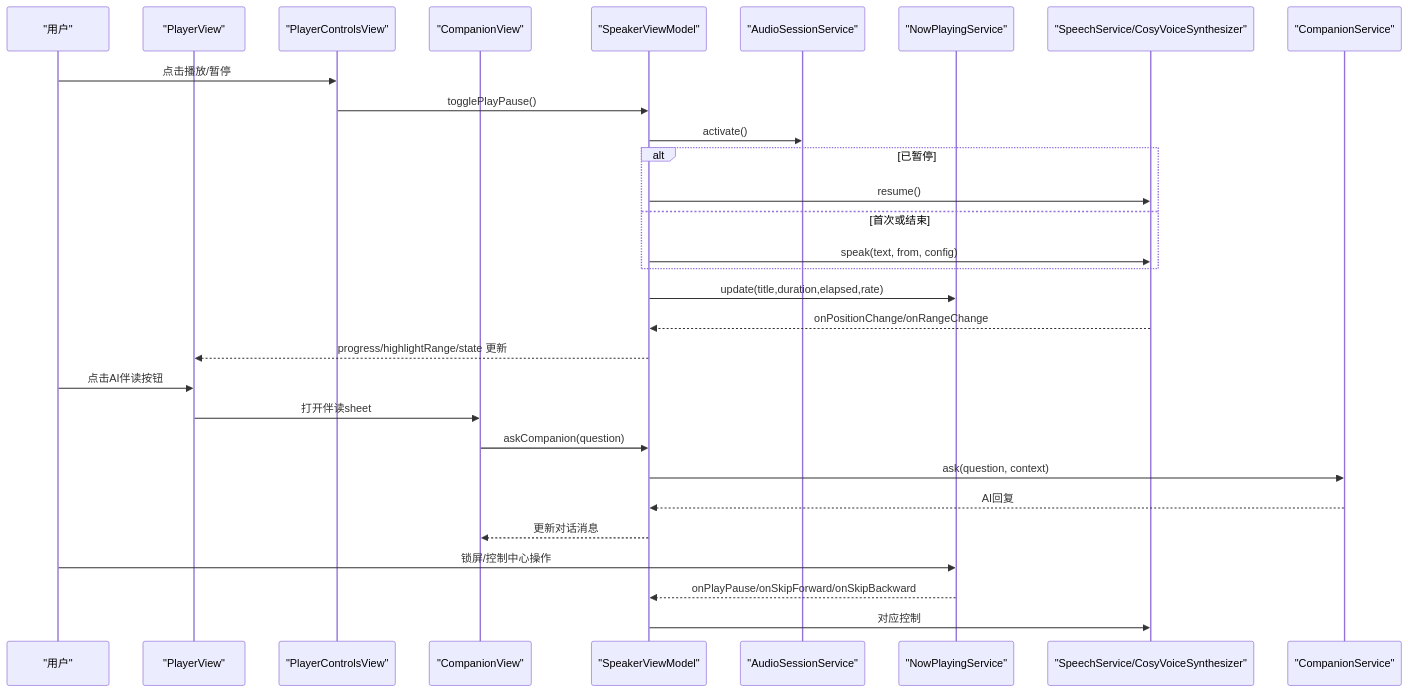
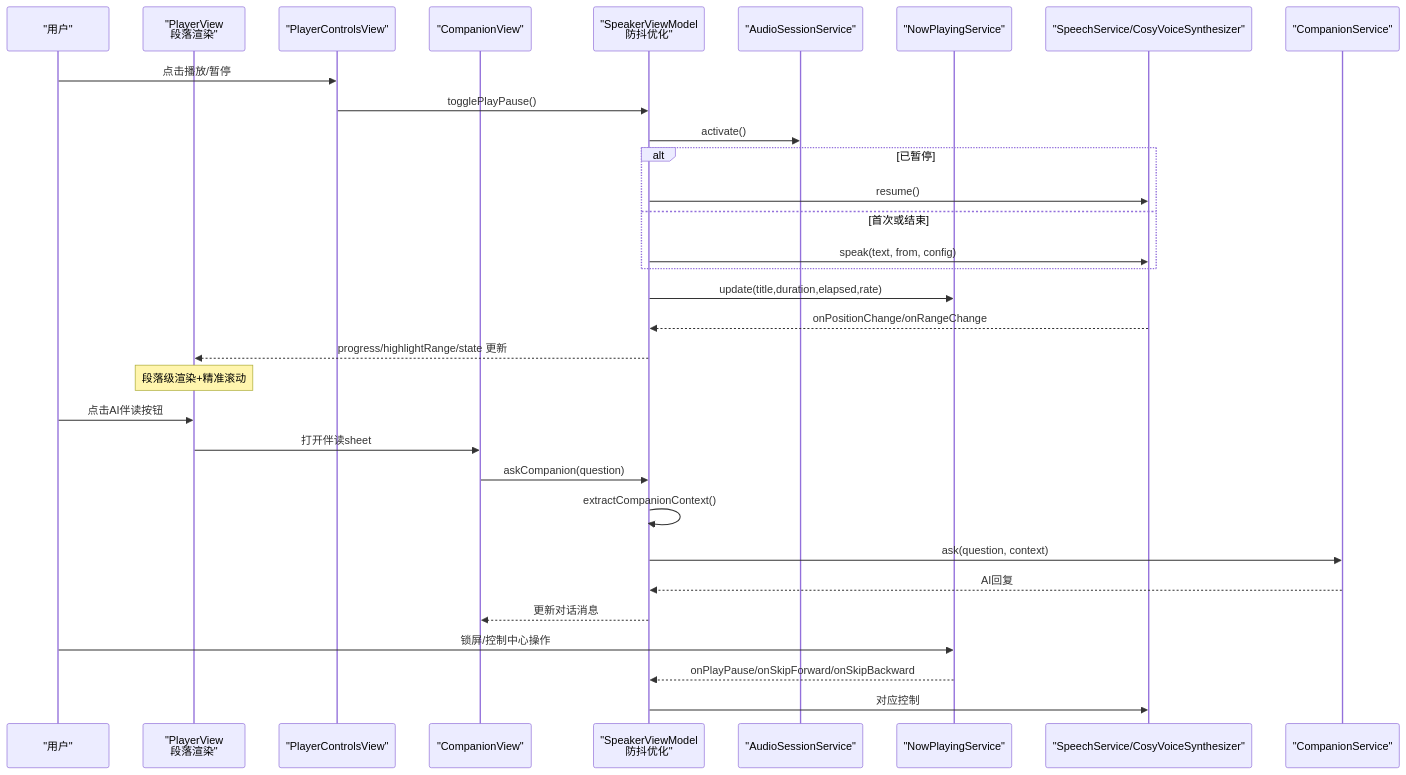
Before and after one commit to Primoguo/Knowledge: the second of 9 diagrams in .qoder/repowiki/zh/content/用户界面设计/播放器界面.md, drawn with Mermaid. The commit also changed other lines of this file and 52 other files, not shown here.

````diff
--- a/.qoder/repowiki/zh/content/用户界面设计/播放器界面.md
+++ b/.qoder/repowiki/zh/content/用户界面设计/播放器界面.md
@@ -156,32 +158,34 @@
 ```mermaid
 sequenceDiagram
 participant U as "用户"
-participant PV as "PlayerView"
+participant PV as "PlayerView<br/>段落渲染"
 participant PCV as "PlayerControlsView"
 participant CV as "CompanionView"
-participant VM as "SpeakerViewModel"
+participant VM as "SpeakerViewModel<br/>防抖优化"
 participant AS as "AudioSessionService"
 participant NP as "NowPlayingService"
 participant ST as "SpeechService/CosyVoiceSynthesizer"
 participant CS as "CompanionService"
 U->>PCV : 点击播放/暂停
 PCV->>VM : togglePlayPause()
 VM->>AS : activate()
 alt 已暂停
 VM->>ST : resume()
 else 首次或结束
 VM->>ST : speak(text, from, config)
 end
 VM->>NP : update(title,duration,elapsed,rate)
 ST-->>VM : onPositionChange/onRangeChange
 VM-->>PV : progress/highlightRange/state 更新
+Note over PV : 段落级渲染+精准滚动
 U->>PV : 点击AI伴读按钮
 PV->>CV : 打开伴读sheet
 CV->>VM : askCompanion(question)
+VM->>VM : extractCompanionContext()
 VM->>CS : ask(question, context)
 CS-->>VM : AI回复
 VM-->>CV : 更新对话消息
 U->>NP : 锁屏/控制中心操作
 NP-->>VM : onPlayPause/onSkipForward/onSkipBackward
 VM->>ST : 对应控制
 ```
````
